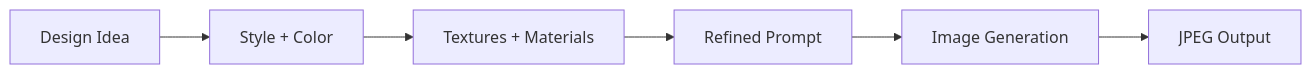
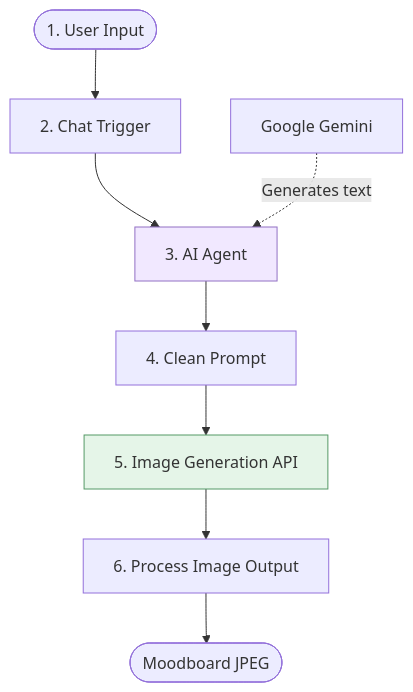
The second of 2 diagrams in Artifacts/MoodboardAgentDesignDocument.md (aditibhalla1983/Wayfair-n8n-AI-Agent-Engineering-Externship), drawn with Mermaid before and after one commit. The commit also changed other lines of this file, not shown here.

````diff
--- a/Artifacts/MoodboardAgentDesignDocument.md
+++ b/Artifacts/MoodboardAgentDesignDocument.md
@@ -53,8 +62,13 @@
 ```mermaid
-flowchart LR
-    A["Design Idea"] --> B["Style + Color"]
-    B --> C["Textures + Materials"]
-    C --> D["Refined Prompt"]
-    D --> E["Image Generation"]
-    E --> F["JPEG Output"]
+flowchart TD
+    U(["1. User Input"]) --> T["2. Chat Trigger"]
+    T --> A["3. AI Agent"]
+    L["Google Gemini"] -. "Generates text" .-> A
+    A --> C["4. Clean Prompt"]
+    C --> I["5. Image Generation API"]
+    I --> O["6. Process Image Output"]
+    O --> R(["Moodboard JPEG"])
+
+    style A fill:#f1e8ff,stroke:#9270c4
+    style I fill:#e5f5e8,stroke:#559966
 ```
````
